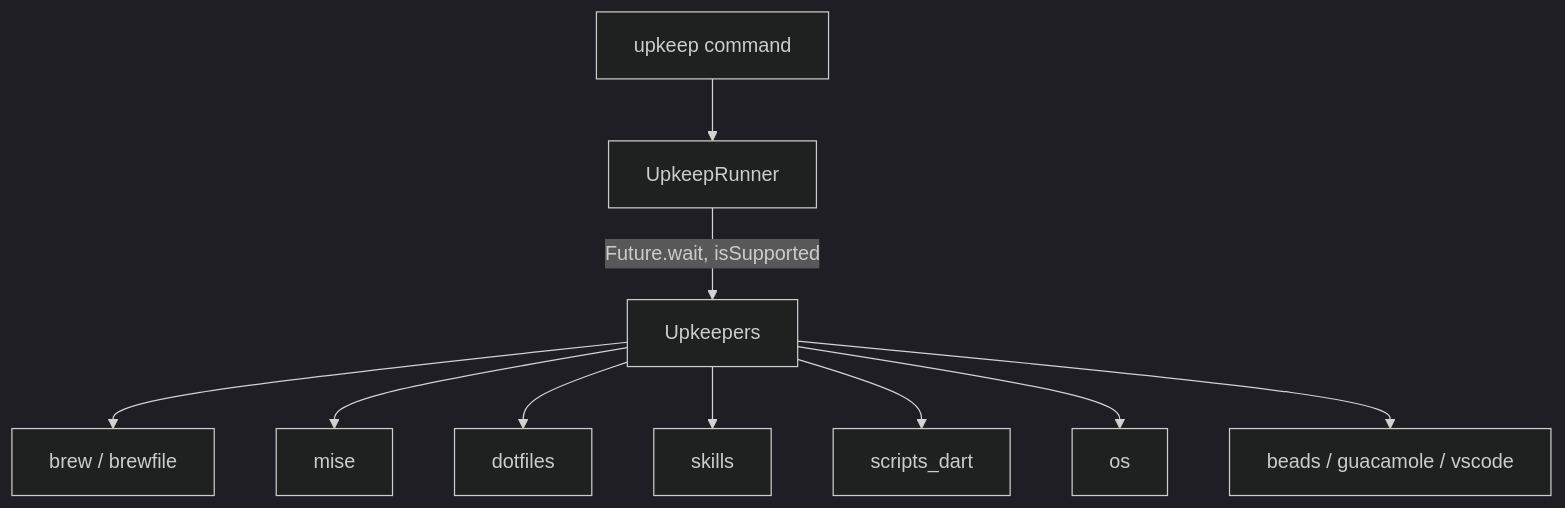
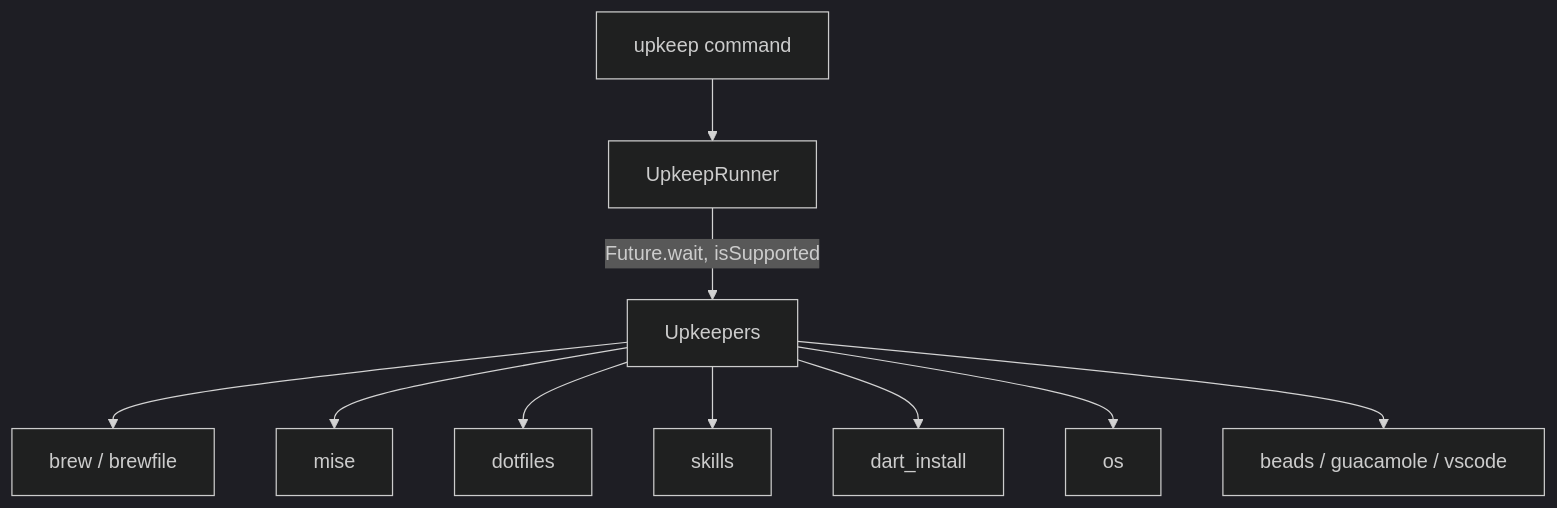
The diagram in .config/upkeep/README.md (kevmoo/personal_dotfiles), drawn with Mermaid (dark theme) before and after one commit. The commit also changed other lines of this file and 5 other files, not shown here.

First line of the commit message:
fix(upkeep): refresh dart install binaries before pulling dotfiles (#46)

````diff
--- a/.config/upkeep/README.md
+++ b/.config/upkeep/README.md
@@ -51,12 +51,12 @@
 ```mermaid
 flowchart TD
     A[upkeep command] --> B[UpkeepRunner]
     B -->|Future.wait, isSupported| C[Upkeepers]
     C --> C1[brew / brewfile]
     C --> C2[mise]
     C --> C3[dotfiles]
     C --> C4[skills]
-    C --> C5[scripts_dart]
+    C --> C5[dart_install]
     C --> C6[os]
     C --> C7[beads / guacamole / vscode]
 ```
````
